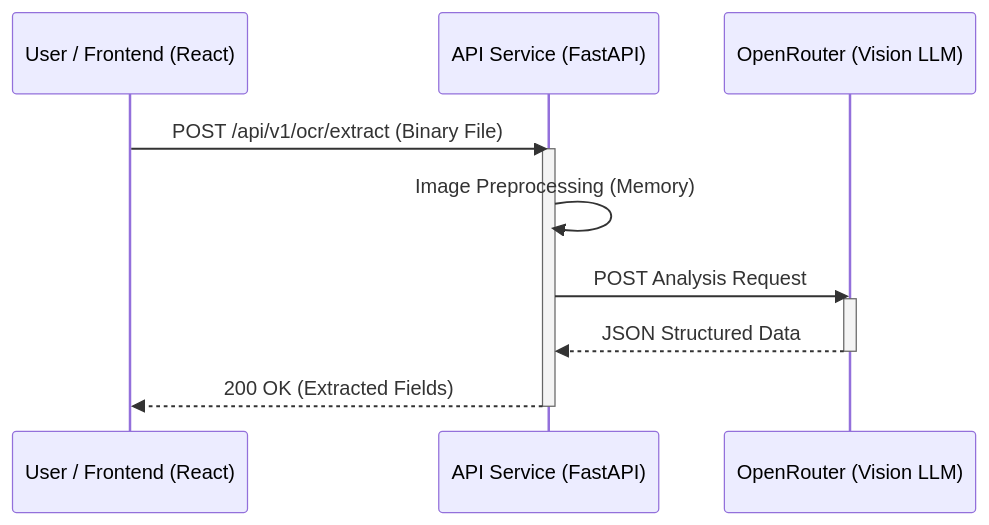
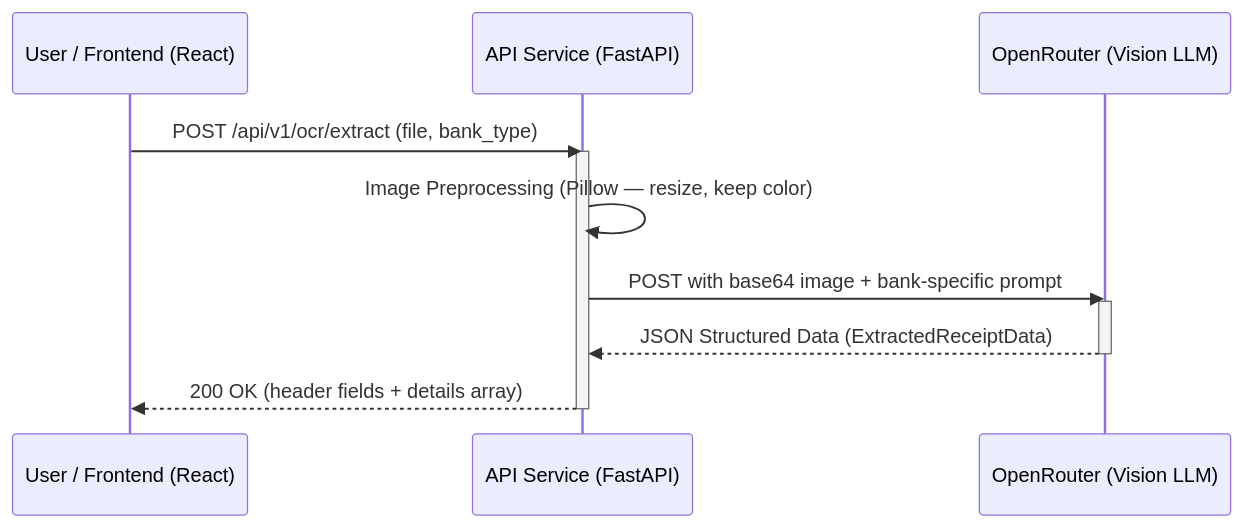
Before and after one commit to SupportCarmen/OCR: the third of 7 diagrams in docs/Software_Requirements_Specification.md, drawn with Mermaid. The commit also changed other lines of this file and 2 other files, not shown here.

````diff
--- a/docs/Software_Requirements_Specification.md
+++ b/docs/Software_Requirements_Specification.md
@@ -81,16 +129,16 @@
 ```mermaid
 sequenceDiagram
     participant User as User / Frontend (React)
     participant API as API Service (FastAPI)
     participant LLM as OpenRouter (Vision LLM)
 
-    User->>API: POST /api/v1/ocr/extract (Binary File)
+    User->>API: POST /api/v1/ocr/extract (file, bank_type)
     activate API
-    API->>API: Image Preprocessing (Memory)
-    API->>LLM: POST Analysis Request
+    API->>API: Image Preprocessing (Pillow — resize, keep color)
+    API->>LLM: POST with base64 image + bank-specific prompt
     activate LLM
-    LLM-->>API: JSON Structured Data
+    LLM-->>API: JSON Structured Data (ExtractedReceiptData)
     deactivate LLM
-    API-->>User: 200 OK (Extracted Fields)
+    API-->>User: 200 OK (header fields + details array)
     deactivate API
 ```
````
